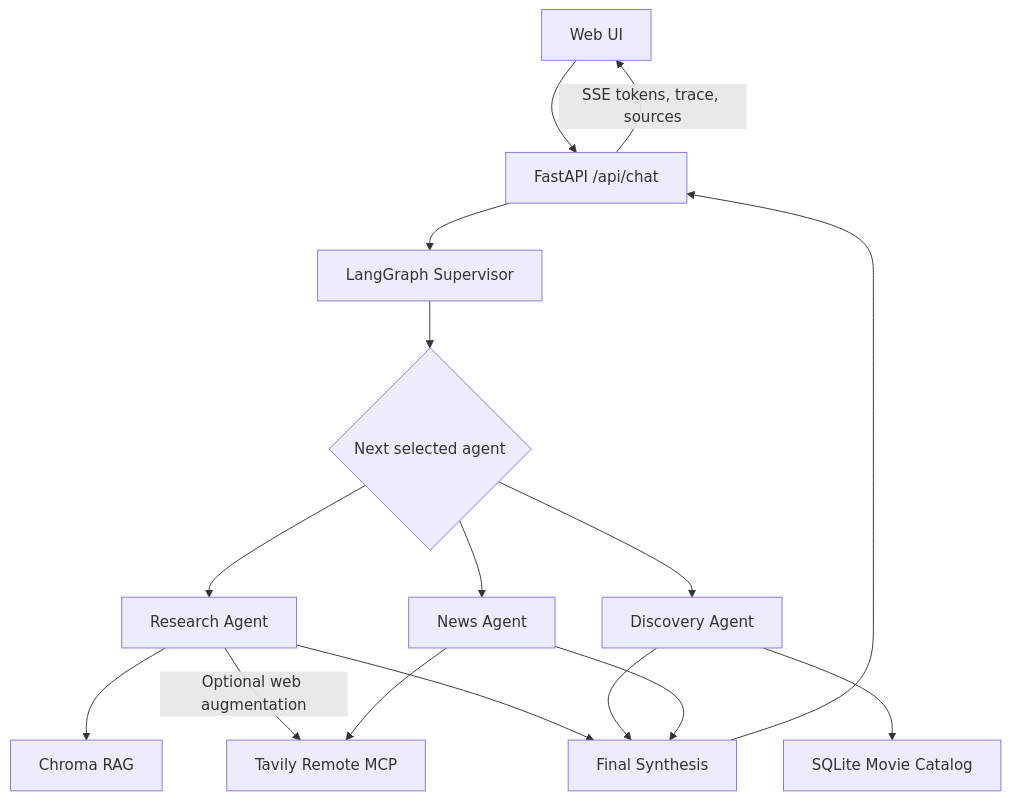
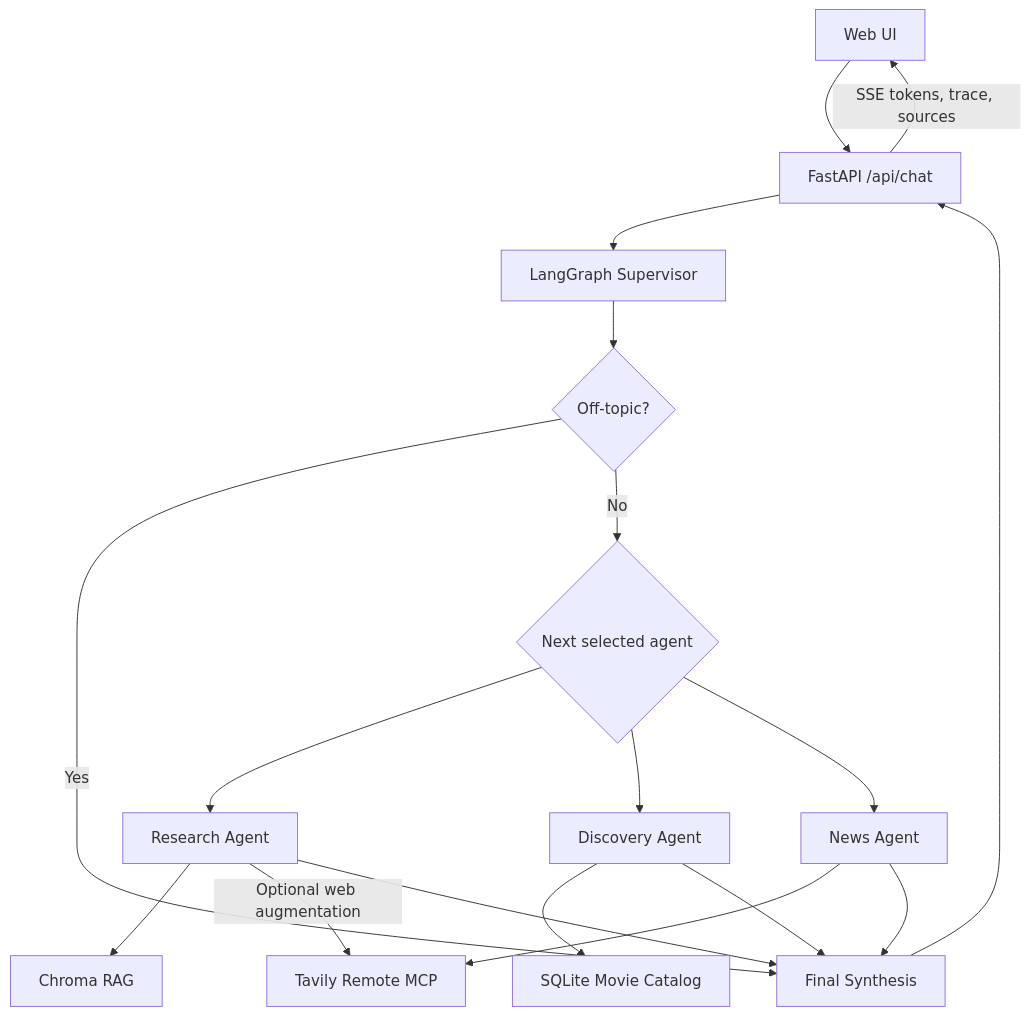
The first of 3 diagrams in docs/architecture.md (AkankshaSM/cinescope), drawn with Mermaid before and after one commit. The commit also changed other lines of this file and 1 other file, not shown here.

````diff
--- a/docs/architecture.md
+++ b/docs/architecture.md
@@ -9,18 +9,20 @@
 ```mermaid
 flowchart TD
     UI[Web UI] --> API[FastAPI /api/chat]
     API --> SUP[LangGraph Supervisor]
-    SUP --> ROUTE{Next selected agent}
-    ROUTE --> R[Research Agent]
-    ROUTE --> D[Discovery Agent]
-    ROUTE --> N[News Agent]
+    SUP --> ROUTE{Off-topic?}
+    ROUTE -->|Yes| SYN
+    ROUTE -->|No| WORK{Next selected agent}
+    WORK --> R[Research Agent]
+    WORK --> D[Discovery Agent]
+    WORK --> N[News Agent]
     R --> CH[Chroma RAG]
     R -->|Optional web augmentation| MCP[Tavily Remote MCP]
     D --> SQL[SQLite Movie Catalog]
     N --> MCP
     R --> SYN[Final Synthesis]
     D --> SYN
     N --> SYN
     SYN --> API
     API -->|SSE tokens, trace, sources| UI
 ```
````
